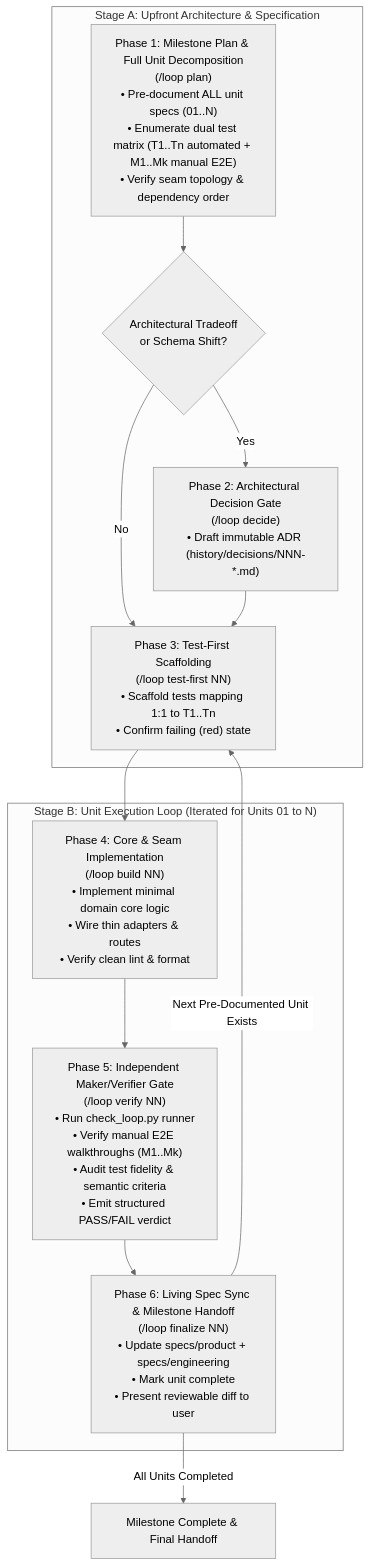
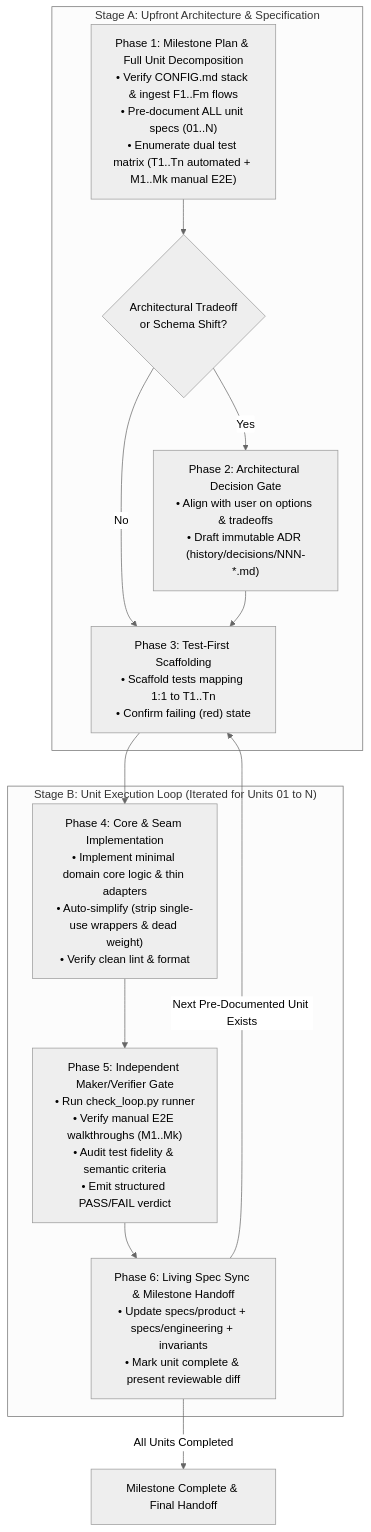
Before and after one commit to yoyothesheep/claude-skills: the diagram in loop-engineering/SKILL.md, drawn with Mermaid (neutral theme). The commit also changed other lines of this file and 3 other files, not shown here.

Commit message:
Add product-scoping skill and refine loop-engineering progression

````diff
--- a/loop-engineering/SKILL.md
+++ b/loop-engineering/SKILL.md
@@ -64,47 +63,41 @@
 ```mermaid
 flowchart TD
     subgraph StageA["Stage A: Upfront Architecture & Specification"]
         P1["Phase 1: Milestone Plan & Full Unit Decomposition
-(/loop plan)
+• Verify CONFIG.md stack & ingest F1..Fm flows
 • Pre-document ALL unit specs (01..N)
-• Enumerate dual test matrix (T1..Tn automated + M1..Mk manual E2E)
-• Verify seam topology & dependency order"]
+• Enumerate dual test matrix (T1..Tn automated + M1..Mk manual E2E)"]
         P2{"Architectural Tradeoff
 or Schema Shift?"}
         P3["Phase 2: Architectural Decision Gate
-(/loop decide)
+• Align with user on options & tradeoffs
 • Draft immutable ADR (history/decisions/NNN-*.md)"]
         P1 --> P2
         P2 -- Yes --> P3
         P2 -- No --> P4
         P3 --> P4
     end
 
     subgraph StageB["Stage B: Unit Execution Loop (Iterated for Units 01 to N)"]
         P4["Phase 3: Test-First Scaffolding
-(/loop test-first NN)
 • Scaffold tests mapping 1:1 to T1..Tn
 • Confirm failing (red) state"]
         P5["Phase 4: Core & Seam Implementation
-(/loop build NN)
-• Implement minimal domain core logic
-• Wire thin adapters & routes
+• Implement minimal domain core logic & thin adapters
+• Auto-simplify (strip single-use wrappers & dead weight)
 • Verify clean lint & format"]
         P6["Phase 5: Independent Maker/Verifier Gate
-(/loop verify NN)
 • Run check_loop.py runner
 • Verify manual E2E walkthroughs (M1..Mk)
 • Audit test fidelity & semantic criteria
 • Emit structured PASS/FAIL verdict"]
         P7["Phase 6: Living Spec Sync & Milestone Handoff
-(/loop finalize NN)
-• Update specs/product + specs/engineering
-• Mark unit complete
-• Present reviewable diff to user"]
+• Update specs/product + specs/engineering + invariants
+• Mark unit complete & present reviewable diff"]
 
         P4 --> P5 --> P6 --> P7
     end
 
     P7 -->|Next Pre-Documented Unit Exists| P4
     P7 -->|All Units Completed| Done["Milestone Complete & Final Handoff"]
 ```
````
